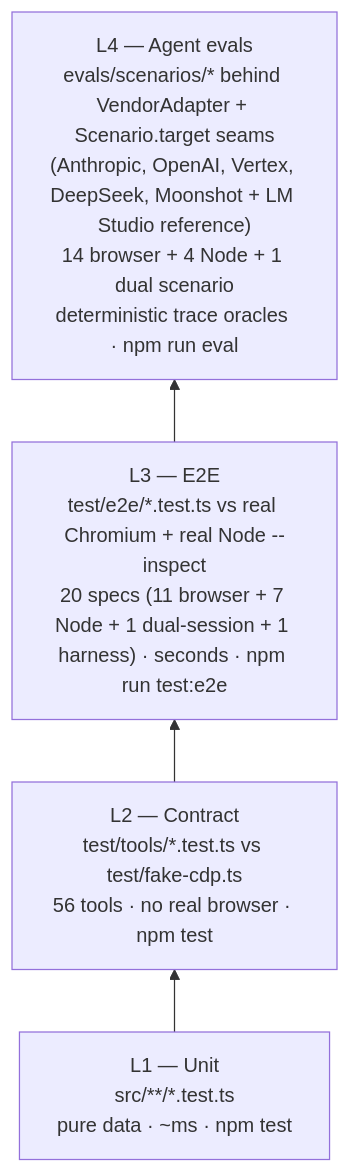
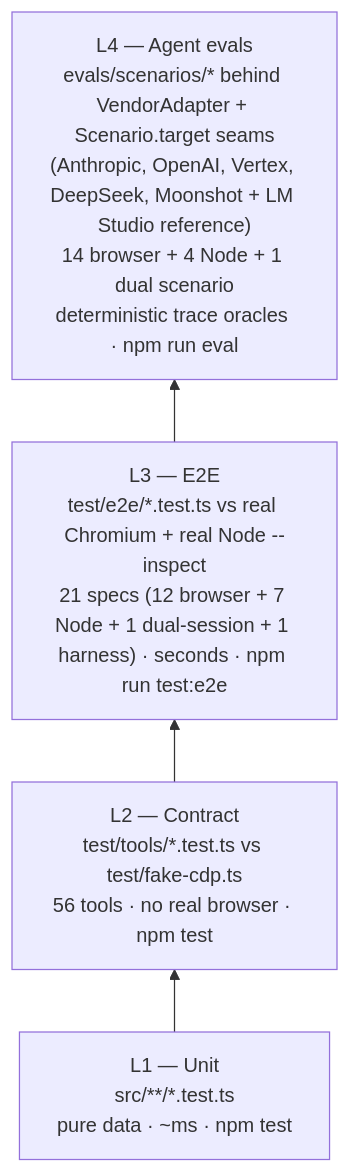
The sixth of 6 diagrams in docs/ARCHITECTURE.md (lcjanke2020/lynceus), drawn with Mermaid before and after one commit. The commit also changed 7 other files, not shown here.

````diff
--- a/docs/ARCHITECTURE.md
+++ b/docs/ARCHITECTURE.md
@@ -202,8 +202,8 @@
 ```mermaid
 flowchart BT
     L1["L1 — Unit<br/>src/**/*.test.ts<br/>pure data · ~ms · npm test"]
     L2["L2 — Contract<br/>test/tools/*.test.ts vs test/fake-cdp.ts<br/>56 tools · no real browser · npm test"]
-    L3["L3 — E2E<br/>test/e2e/*.test.ts vs real Chromium + real Node --inspect<br/>20 specs (11 browser + 7 Node + 1 dual-session + 1 harness) · seconds · npm run test:e2e"]
+    L3["L3 — E2E<br/>test/e2e/*.test.ts vs real Chromium + real Node --inspect<br/>21 specs (12 browser + 7 Node + 1 dual-session + 1 harness) · seconds · npm run test:e2e"]
     L4["L4 — Agent evals<br/>evals/scenarios/* behind VendorAdapter + Scenario.target seams<br/>(Anthropic, OpenAI, Vertex, DeepSeek, Moonshot + LM Studio reference)<br/>14 browser + 4 Node + 1 dual scenario<br/>deterministic trace oracles · npm run eval"]
     L1 --> L2 --> L3 --> L4
 ```
````
